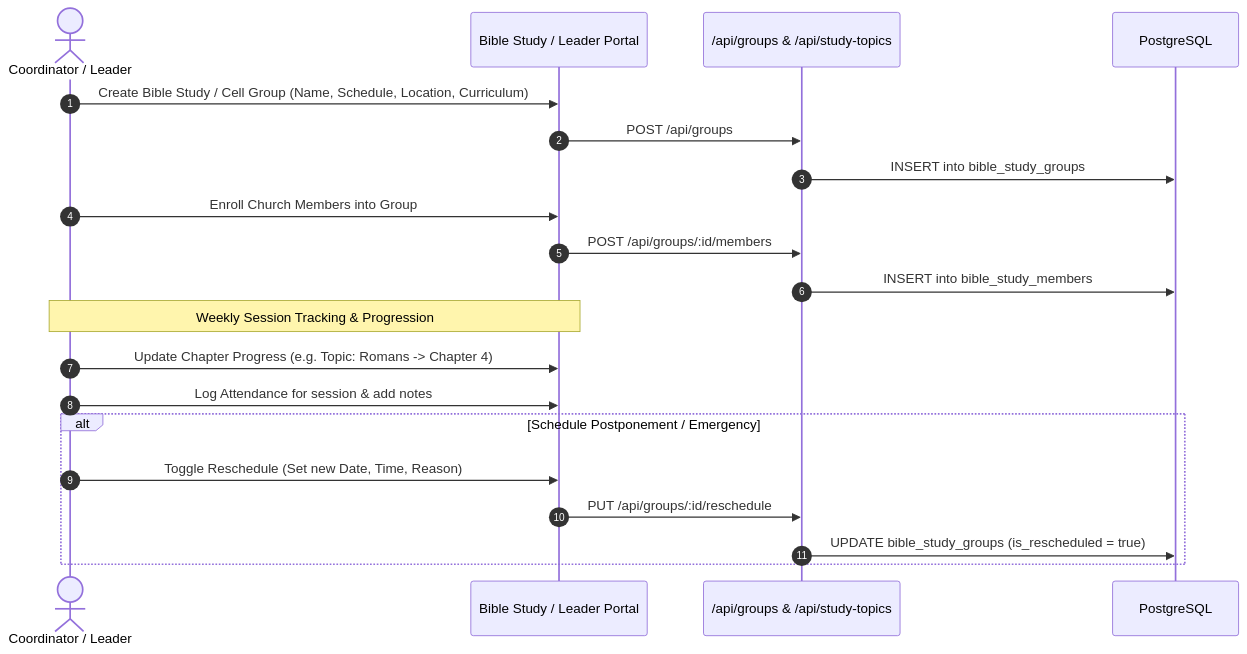
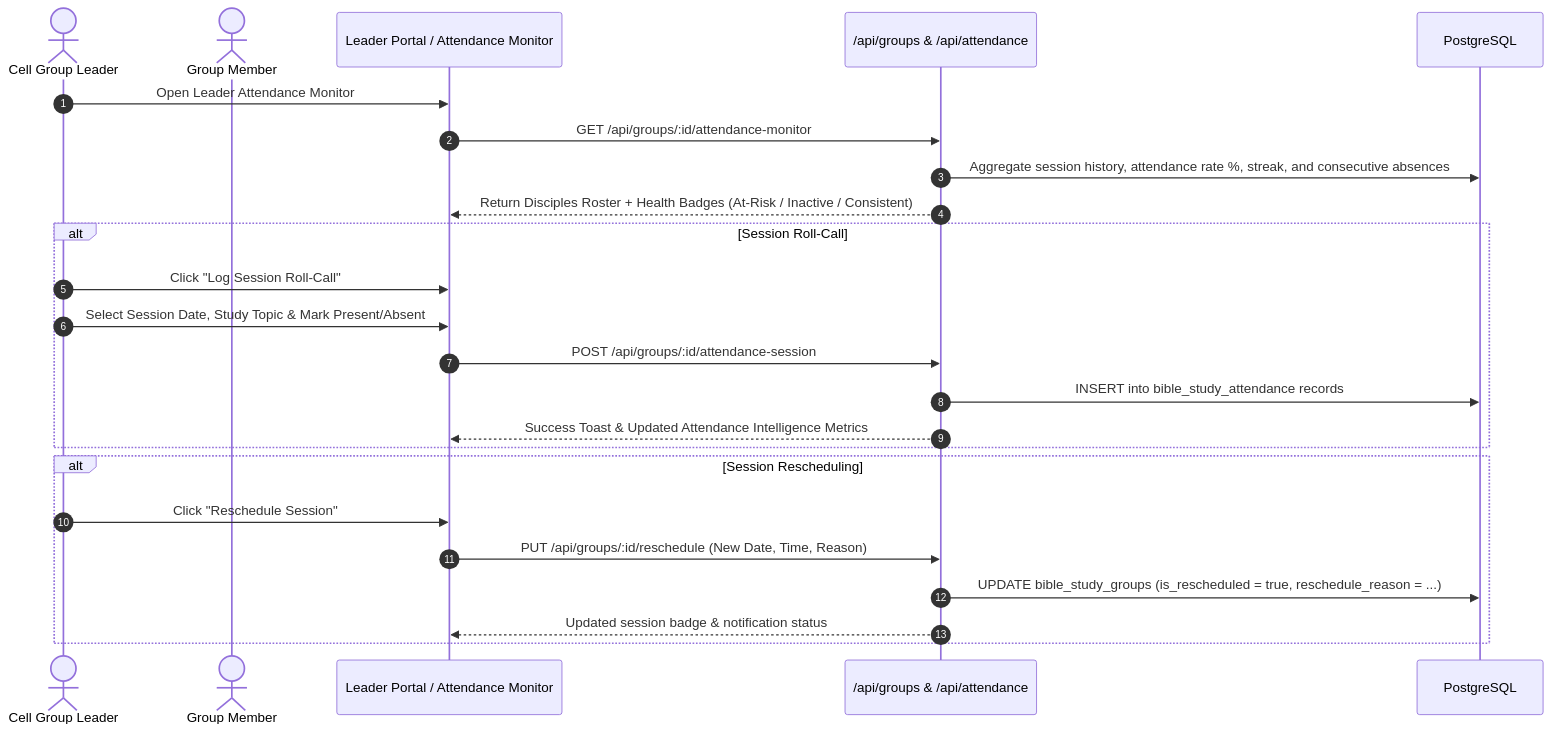
The sixth of 11 diagrams in SYSTEM_WORKFLOW.md (Isapolloo08/DPC_ManagementSystem), drawn with Mermaid before and after one commit. The commit also changed other lines of this file and 161 other files, not shown here.

````diff
--- a/SYSTEM_WORKFLOW.md
+++ b/SYSTEM_WORKFLOW.md
@@ -211,25 +251,29 @@
 ```mermaid
 sequenceDiagram
     autonumber
-    actor Coordinator as Coordinator / Leader
-    participant Portal as Bible Study / Leader Portal
-    participant GroupAPI as /api/groups & /api/study-topics
+    actor Leader as Cell Group Leader
+    actor Disciple as Group Member
+    participant Portal as Leader Portal / Attendance Monitor
+    participant API as /api/groups & /api/attendance
     participant DB as PostgreSQL
 
-    Coordinator->>Portal: Create Bible Study / Cell Group (Name, Schedule, Location, Curriculum)
-    Portal->>GroupAPI: POST /api/groups
-    GroupAPI->>DB: INSERT into bible_study_groups
-    
-    Coordinator->>Portal: Enroll Church Members into Group
-    Portal->>GroupAPI: POST /api/groups/:id/members
-    GroupAPI->>DB: INSERT into bible_study_members
+    Leader->>Portal: Open Leader Attendance Monitor
+    Portal->>API: GET /api/groups/:id/attendance-monitor
+    API->>DB: Aggregate session history, attendance rate %, streak, and consecutive absences
+    API-->>Portal: Return Disciples Roster + Health Badges (At-Risk / Inactive / Consistent)
 
-    Note over Coordinator,Portal: Weekly Session Tracking & Progression
-    Coordinator->>Portal: Update Chapter Progress (e.g. Topic: Romans -> Chapter 4)
-    Coordinator->>Portal: Log Attendance for session & add notes
-    alt Schedule Postponement / Emergency
-        Coordinator->>Portal: Toggle Reschedule (Set new Date, Time, Reason)
-        Portal->>GroupAPI: PUT /api/groups/:id/reschedule
-        GroupAPI->>DB: UPDATE bible_study_groups (is_rescheduled = true)
+    alt Session Roll-Call
+        Leader->>Portal: Click "Log Session Roll-Call"
+        Leader->>Portal: Select Session Date, Study Topic & Mark Present/Absent
+        Portal->>API: POST /api/groups/:id/attendance-session
+        API->>DB: INSERT into bible_study_attendance records
+        API-->>Portal: Success Toast & Updated Attendance Intelligence Metrics
+    end
+
+    alt Session Rescheduling
+        Leader->>Portal: Click "Reschedule Session"
+        Portal->>API: PUT /api/groups/:id/reschedule (New Date, Time, Reason)
+        API->>DB: UPDATE bible_study_groups (is_rescheduled = true, reschedule_reason = ...)
+        API-->>Portal: Updated session badge & notification status
     end
 ```
````
